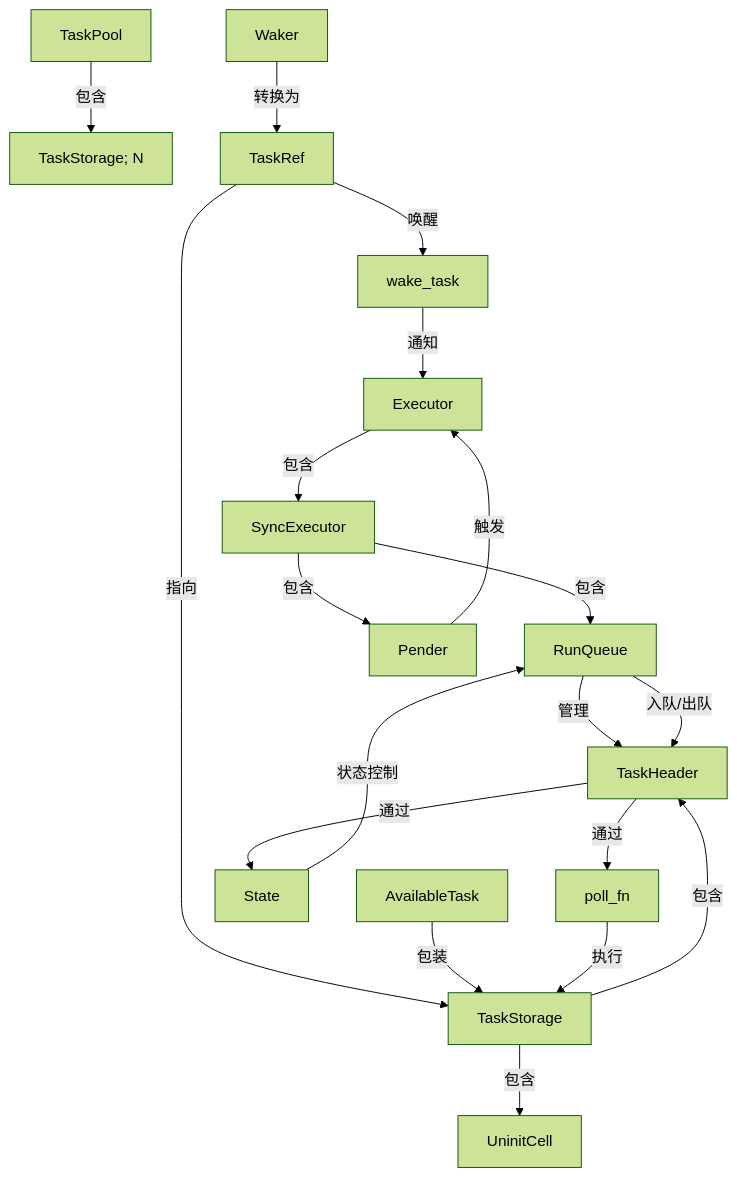
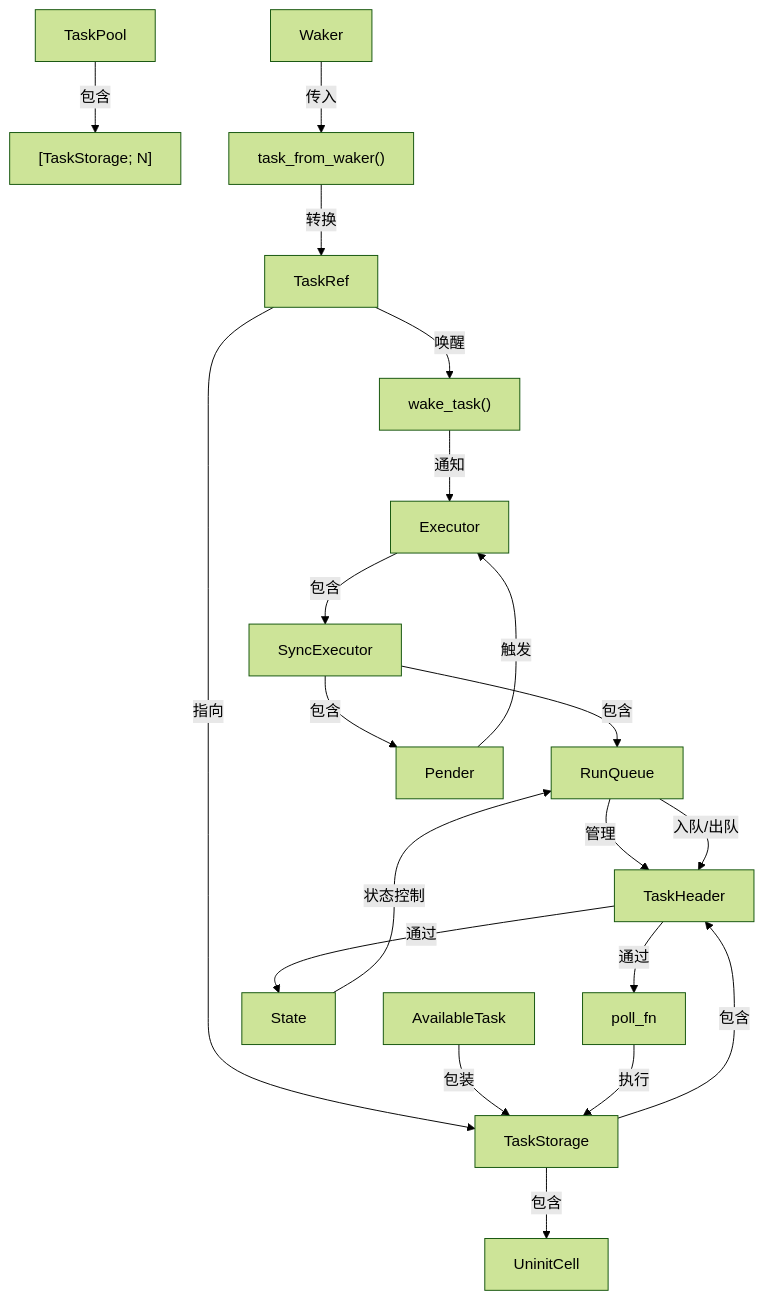
The first of 2 diagrams in 过程记录/rust/rust异步/Embassy/executor/raw/mod.md (hy-huang20/GraduationProject), drawn with Mermaid (forest theme) before and after one commit. The commit also changed other lines of this file, not shown here.

Commit message:
查看 github 是否支持 mermaid 时序图 sequence diagram 绘制函数调用栈

````diff
--- a/过程记录/rust/rust异步/Embassy/executor/raw/mod.md
+++ b/过程记录/rust/rust异步/Embassy/executor/raw/mod.md
@@ -3,32 +7,33 @@
 ```mermaid
 graph TD
     %% 核心类型
     A[Executor] -->|包含| B[SyncExecutor]
     B -->|包含| C[RunQueue]
     B -->|包含| D[Pender]
     C -->|管理| E[TaskHeader]
     
     %% 任务存储结构
     F[TaskStorage<F>] -->|包含| E
     F -->|包含| G[UninitCell<F>]
     
     %% 任务池
-    H[TaskPool<F,N>] -->|包含| I[TaskStorage<F>; N]
+    H[TaskPool<F,N>] -->|包含| I["[TaskStorage<F>; N]"]
     
     %% 引用关系
     J[TaskRef] -->|指向| F
     K[AvailableTask<F>] -->|包装| F
     
     %% 执行流程
     D -->|触发| A
     E -->|通过| L[State]
     L -->|状态控制| C
     E -->|通过| M[poll_fn]
     M -->|执行| F
     
     %% 队列关系
     C -->|入队/出队| E
-    N[Waker] -->|转换为| J
-    J -->|唤醒| O[wake_task]
+    N[Waker] -->|传入| P["task_from_waker()"]
+    P --> |转换| J
+    J -->|唤醒| O["wake_task()"]
     O -->|通知| A
 ```
````
